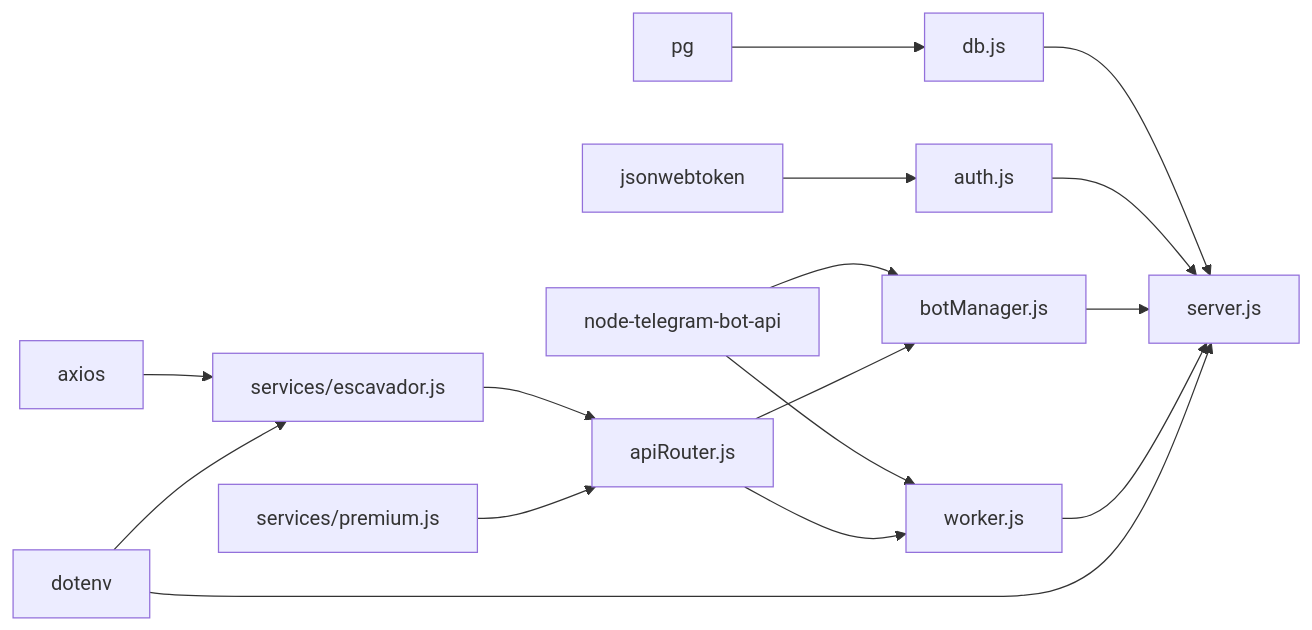
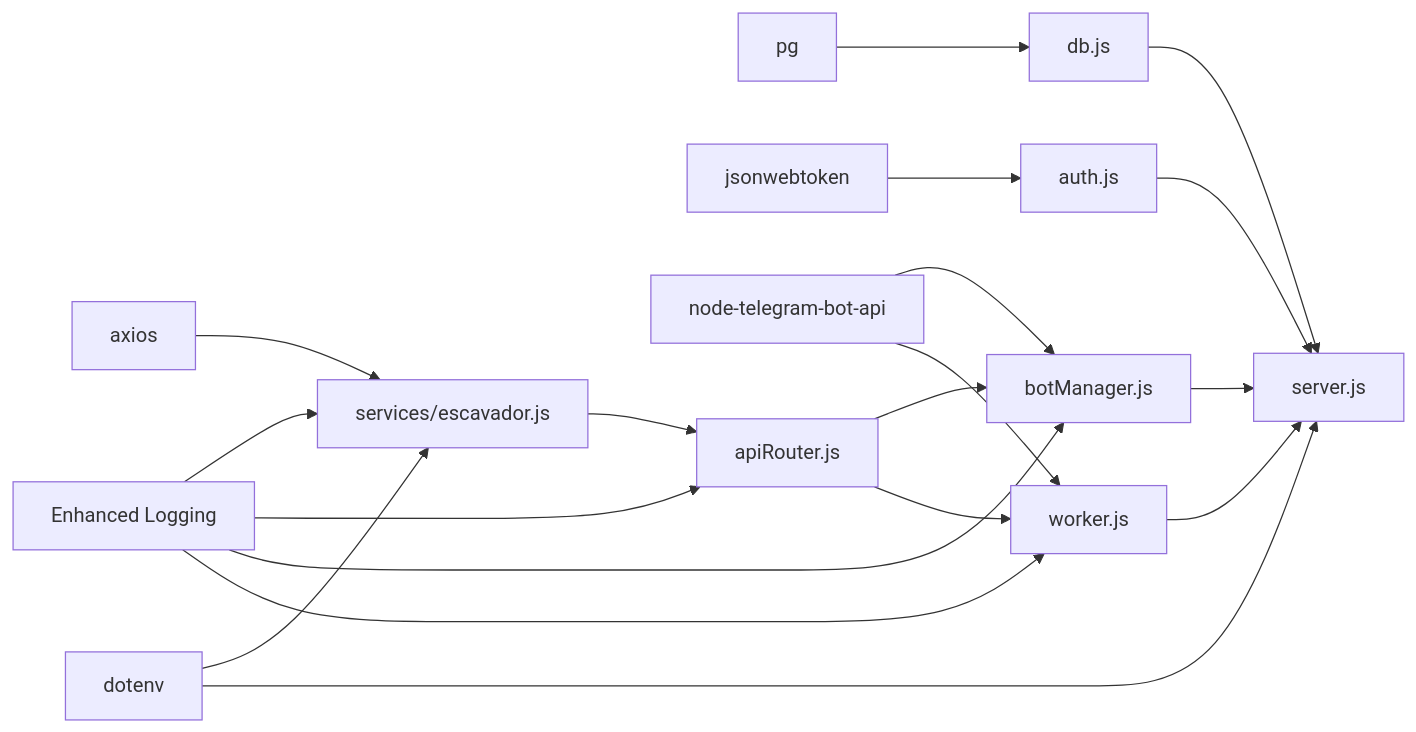
The fourth of 4 diagrams in .qoder/repowiki/en/content/API Integration Layer/DataJud Free Service Integration.md (Alexandrexicara/bot-processos), drawn with Mermaid before and after one commit. The commit also changed other lines of this file and 5 other files, not shown here.

````diff
--- a/.qoder/repowiki/en/content/API Integration Layer/DataJud Free Service Integration.md
+++ b/.qoder/repowiki/en/content/API Integration Layer/DataJud Free Service Integration.md
@@ -274,18 +291,21 @@
 ```mermaid
 graph LR
 AX["axios"] --> E["services/escavador.js"]
 PG["pg"] --> DB["db.js"]
 JWT["jsonwebtoken"] --> A["auth.js"]
 TG["node-telegram-bot-api"] --> BM["botManager.js"]
 TG --> W["worker.js"]
 E --> R["apiRouter.js"]
-P["services/premium.js"] --> R
 R --> BM
 R --> W
 DB --> S["server.js"]
 A --> S
 BM --> S
 W --> S
 ENV["dotenv"] --> E
 ENV --> S
+LOG["Enhanced Logging"] --> E
+LOG --> R
+LOG --> BM
+LOG --> W
 ```
````
